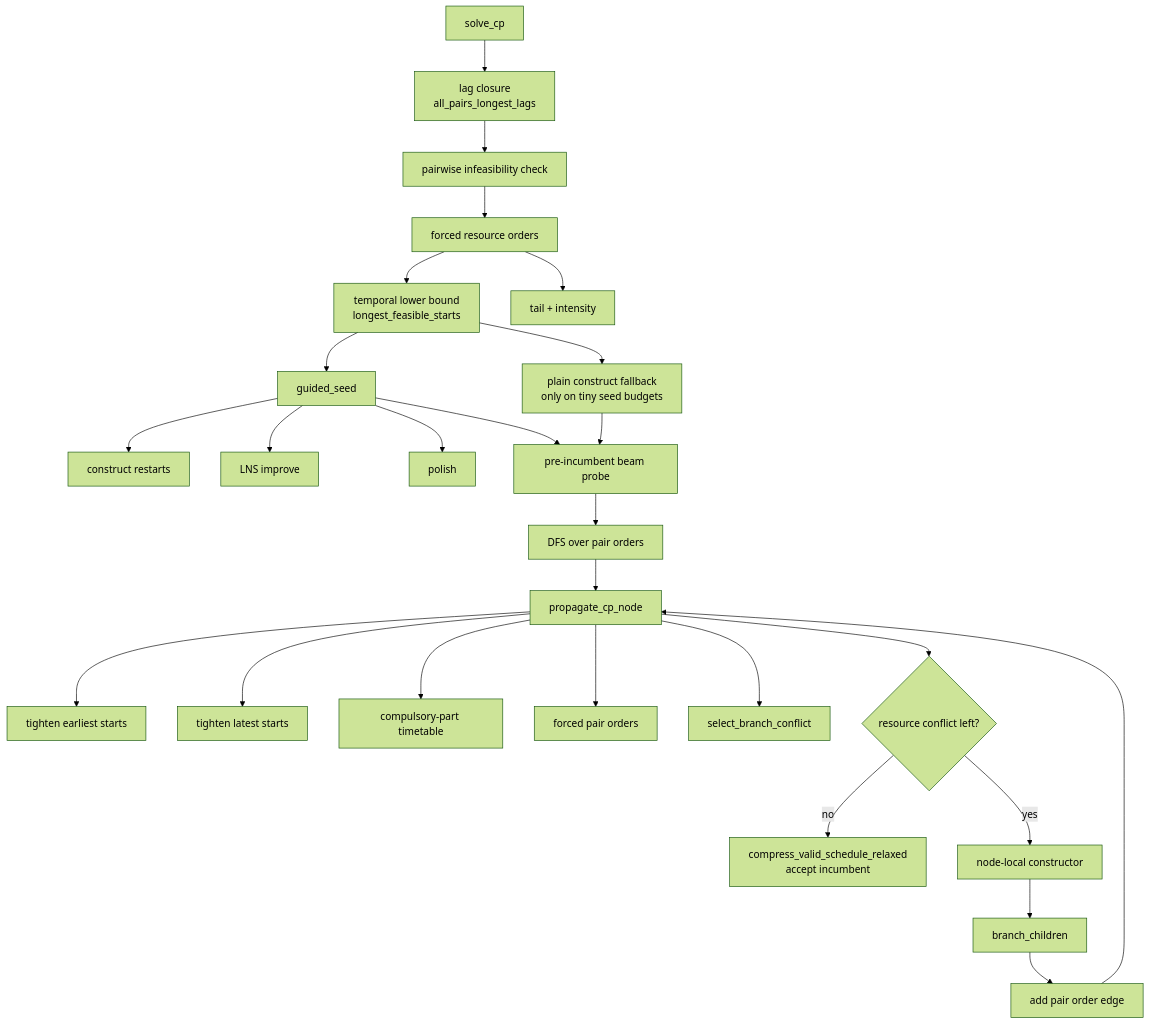
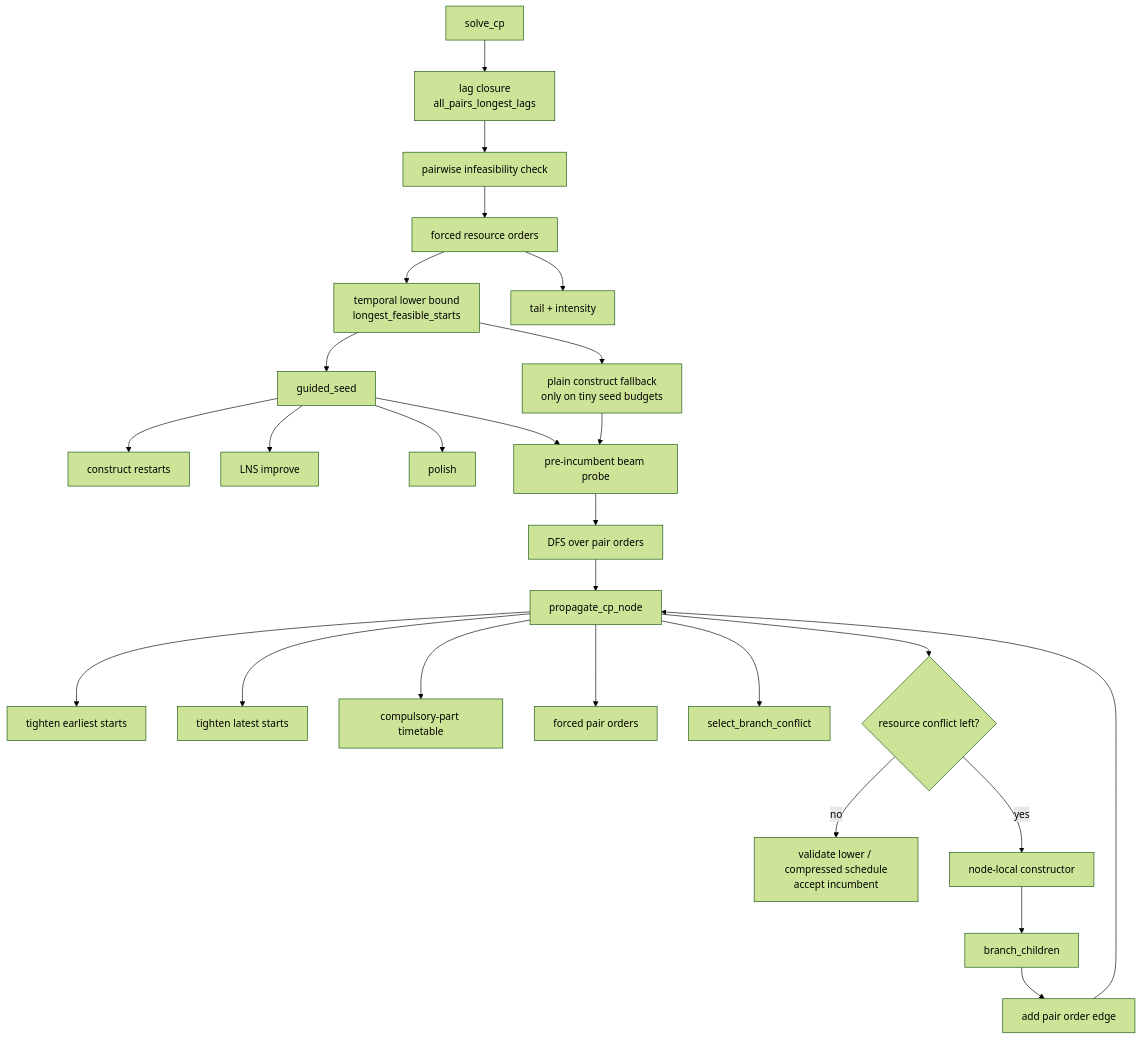
Before and after one commit to weisintai/cs202-rcpsp: the second of 2 diagrams in ARCHITECTURE_REVIEW.md, drawn with Mermaid (forest theme). The commit also changed 5 other files, not shown here.

````diff
--- a/ARCHITECTURE_REVIEW.md
+++ b/ARCHITECTURE_REVIEW.md
@@ -30,31 +30,31 @@
 ```mermaid
 flowchart TD
     A[solve_cp] --> B[lag closure\nall_pairs_longest_lags]
     B --> C[pairwise infeasibility check]
     C --> D[forced resource orders]
     D --> E[temporal lower bound\nlongest_feasible_starts]
     D --> F[tail + intensity]
 
     E --> G[guided_seed]
     G --> G1[construct restarts]
     G --> G2[LNS improve]
     G --> G3[polish]
     E --> H[plain construct fallback\nonly on tiny seed budgets]
     G --> P[pre-incumbent beam probe]
     H --> P
     P --> I[DFS over pair orders]
 
     I --> J[propagate_cp_node]
     J --> J1[tighten earliest starts]
     J --> J2[tighten latest starts]
     J --> J3[compulsory-part timetable]
     J --> J4[forced pair orders]
     J --> J5[select_branch_conflict]
 
     J --> K{resource conflict left?}
-    K -- no --> L[compress_valid_schedule_relaxed\naccept incumbent]
+    K -- no --> L[validate lower / compressed schedule\naccept incumbent]
     K -- yes --> M[node-local constructor]
     M --> N[branch_children]
     N --> O[add pair order edge]
     O --> J
 ```
````
